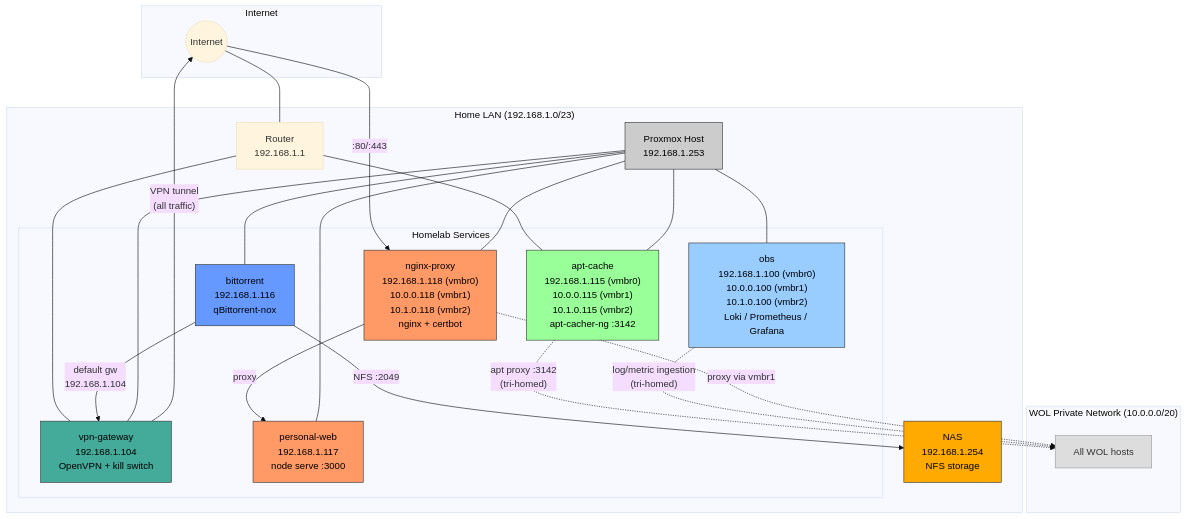
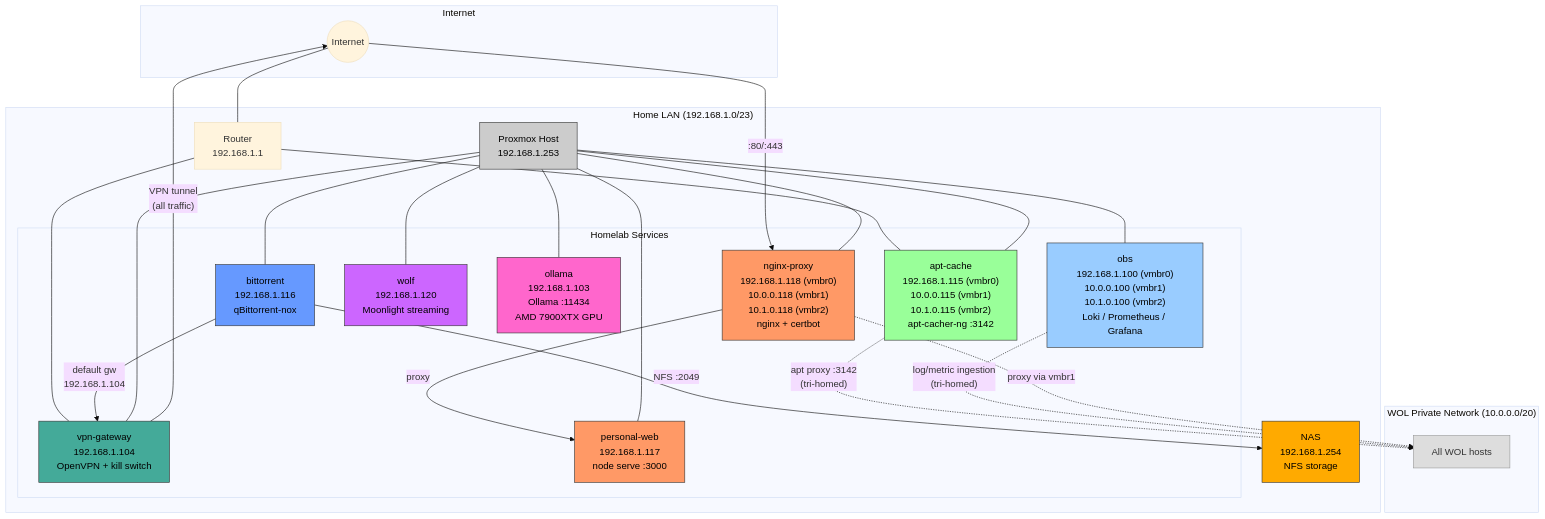
The first of 2 diagrams in homelab/diagrams.md (JBailes/infrastructure), drawn with Mermaid (base theme) before and after one commit. The commit also changed other lines of this file and 1 other file, not shown here.

Commit message:
Add ollama and wolf to homelab documentation and diagrams
Both services were bootstrapped (10-setup-wolf.sh, 11-setup-ollama.sh) and
documented in bootstrap/README.md and architecture.md but missing from the
homelab README services table, the Mermaid network topology diagram, and the
host reference table.

````diff
--- a/homelab/diagrams.md
+++ b/homelab/diagrams.md
@@ -9,54 +9,60 @@
 ```mermaid
 graph TB
     subgraph Internet
         INET((Internet))
     end
 
     subgraph LAN["Home LAN (192.168.1.0/23)"]
         ROUTER["Router<br/>192.168.1.1"]
 
         subgraph HOMELAB["Homelab Services"]
             APTCACHE["apt-cache<br/>192.168.1.115 (vmbr0)<br/>10.0.0.115 (vmbr1)<br/>10.1.0.115 (vmbr2)<br/>apt-cacher-ng :3142"]
             OBS["obs<br/>192.168.1.100 (vmbr0)<br/>10.0.0.100 (vmbr1)<br/>10.1.0.100 (vmbr2)<br/>Loki / Prometheus / Grafana"]
             VPN["vpn-gateway<br/>192.168.1.104<br/>OpenVPN + kill switch"]
             BT["bittorrent<br/>192.168.1.116<br/>qBittorrent-nox"]
             NGINX["nginx-proxy<br/>192.168.1.118 (vmbr0)<br/>10.0.0.118 (vmbr1)<br/>10.1.0.118 (vmbr2)<br/>nginx + certbot"]
             PWEB["personal-web<br/>192.168.1.117<br/>node serve :3000"]
+            WOLF["wolf<br/>192.168.1.120<br/>Moonlight streaming"]
+            OLLAMA["ollama<br/>192.168.1.103<br/>Ollama :11434<br/>AMD 7900XTX GPU"]
         end
 
         NAS["NAS<br/>192.168.1.254<br/>NFS storage"]
         PVE["Proxmox Host<br/>192.168.1.253"]
     end
 
     subgraph WOL["WOL Private Network (10.0.0.0/20)"]
         WOLHOSTS["All WOL hosts"]
     end
 
     INET --- ROUTER
     ROUTER --- VPN
     ROUTER --- APTCACHE
     VPN -->|"VPN tunnel<br/>(all traffic)"| INET
     BT -->|"default gw<br/>192.168.1.104"| VPN
     BT -->|"NFS :2049"| NAS
     APTCACHE -.->|"apt proxy :3142<br/>(tri-homed)"| WOLHOSTS
     OBS -.->|"log/metric ingestion<br/>(tri-homed)"| WOLHOSTS
     INET -->|":80/:443"| NGINX
     NGINX -->|"proxy"| PWEB
     NGINX -.->|"proxy via vmbr1"| WOLHOSTS
     PVE --- VPN
     PVE --- BT
     PVE --- APTCACHE
     PVE --- OBS
     PVE --- NGINX
     PVE --- PWEB
+    PVE --- WOLF
+    PVE --- OLLAMA
 
     style APTCACHE fill:#9f9,stroke:#333,color:#000
     style OBS fill:#9cf,stroke:#333,color:#000
     style VPN fill:#4a9,stroke:#333,color:#000
     style BT fill:#69f,stroke:#333,color:#000
     style NGINX fill:#f96,stroke:#333,color:#000
     style PWEB fill:#f96,stroke:#333,color:#000
     style NAS fill:#fa0,stroke:#333,color:#000
     style PVE fill:#ccc,stroke:#333,color:#000
     style WOLHOSTS fill:#ddd,stroke:#999,color:#333
+    style WOLF fill:#c6f,stroke:#333,color:#000
+    style OLLAMA fill:#f6c,stroke:#333,color:#000
 ```
````
